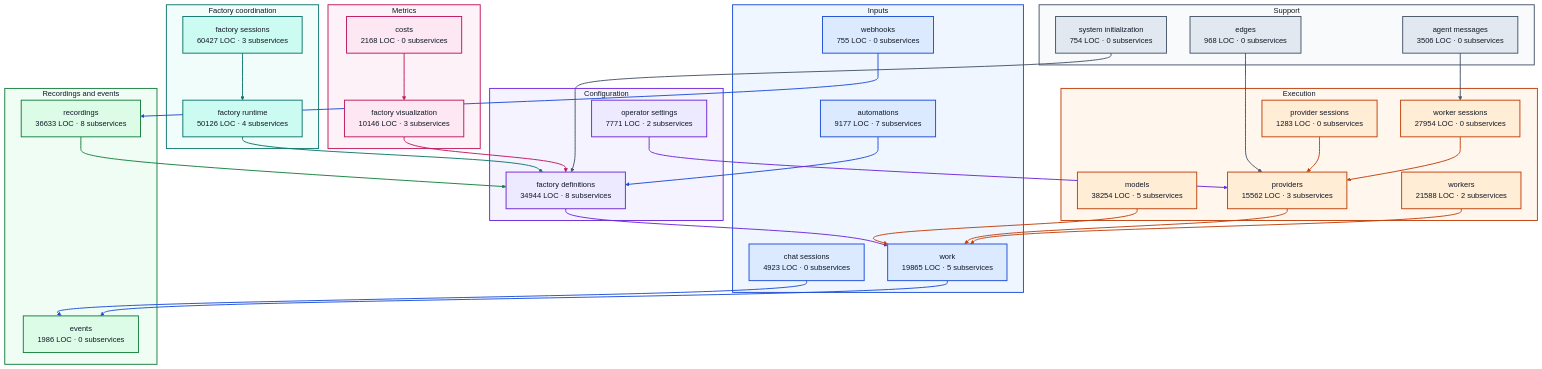
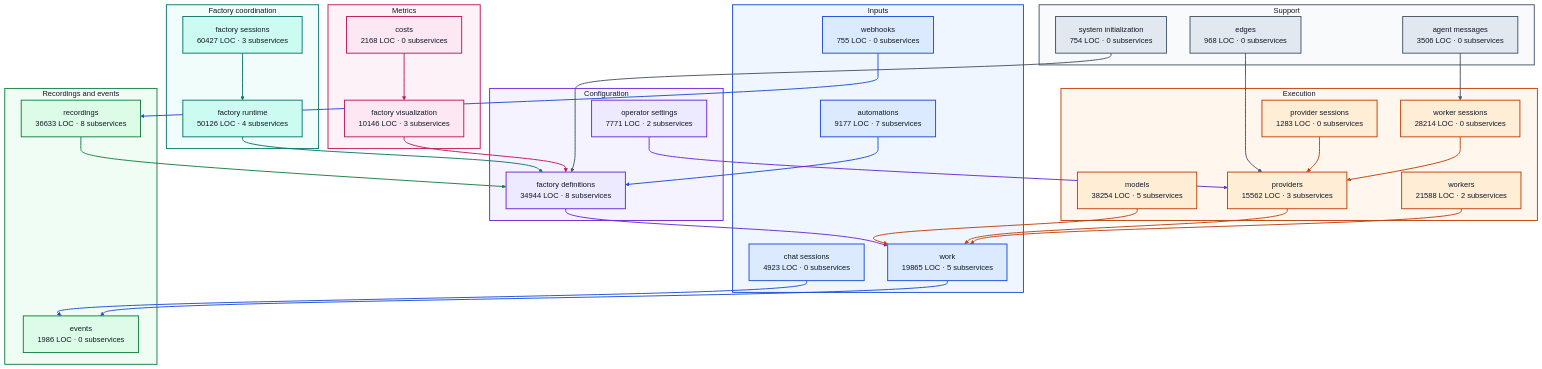
Before and after one commit to portpowered/you-agent-factory: the diagram in docs/architecture/visualizations/high-level-backend.md, drawn with Mermaid (base theme). The commit also changed 21 other files, not shown here.

Commit message:
docs: refresh backend architecture visualizations

```diff
--- a/docs/architecture/visualizations/high-level-backend.md
+++ b/docs/architecture/visualizations/high-level-backend.md
@@ -20,7 +20,7 @@
     s_services_models["models<br/>38254 LOC · 5 subservices"]
     s_services_provider_sessions["provider sessions<br/>1283 LOC · 0 subservices"]
     s_services_providers["providers<br/>15562 LOC · 3 subservices"]
-    s_services_worker_sessions["worker sessions<br/>27954 LOC · 0 subservices"]
+    s_services_worker_sessions["worker sessions<br/>28214 LOC · 0 subservices"]
     s_services_workers["workers<br/>21588 LOC · 2 subservices"]
   end
   subgraph recordings["Recordings and events"]
```
